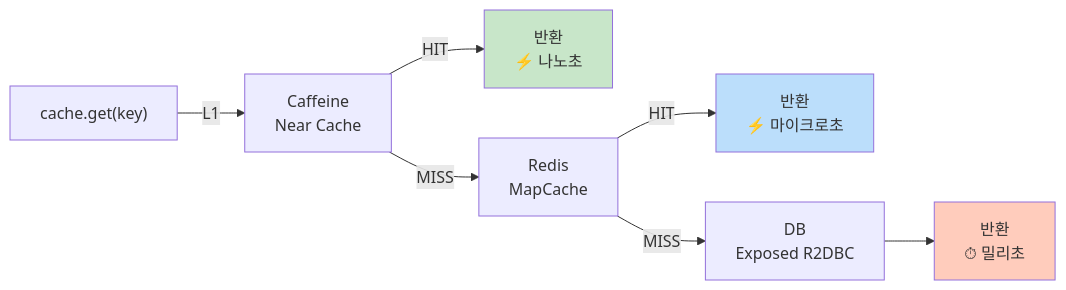
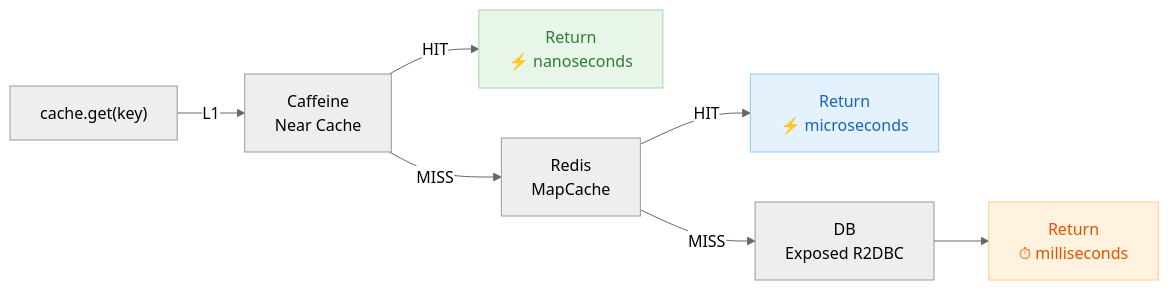
One commit to bluetape4k/exposed-r2dbc-workshop changed the fourth of 4 diagrams in 11-high-performance/02-cache-strategies-r2dbc/README.md. Above: the diagram before and after it, drawn with Mermaid. The commit also changed other lines of this file and 63 other files, not shown here.

First line of the commit message:
docs: 전 모듈 README Mermaid UML 추가 및 영/한 이중화

````diff
--- a/11-high-performance/02-cache-strategies-r2dbc/README.md
+++ b/11-high-performance/02-cache-strategies-r2dbc/README.md
@@ -321,13 +334,18 @@
 ```mermaid
-graph LR
+%%{init: {"theme": "neutral"}}%%
+flowchart LR
     REQ["cache.get(key)"] -->|L1| L1["Caffeine<br/>Near Cache"]
-    L1 -->|HIT| RET1["반환<br/>⚡ 나노초"]
+    L1 -->|HIT| RET1["Return<br/>⚡ nanoseconds"]
     L1 -->|MISS| L2["Redis<br/>MapCache"]
-    L2 -->|HIT| RET2["반환<br/>⚡ 마이크로초"]
+    L2 -->|HIT| RET2["Return<br/>⚡ microseconds"]
     L2 -->|MISS| L3["DB<br/>Exposed R2DBC"]
-    L3 --> RET3["반환<br/>⏱ 밀리초"]
+    L3 --> RET3["Return<br/>⏱ milliseconds"]
 
-    style RET1 fill:#c8e6c9
-    style RET2 fill:#bbdefb
-    style RET3 fill:#ffccbc
+    classDef green  fill:#E8F5E9,stroke:#A5D6A7,color:#2E7D32
+    classDef blue   fill:#E3F2FD,stroke:#90CAF9,color:#1565C0
+    classDef orange fill:#FFF3E0,stroke:#FFCC80,color:#E65100
+
+    class RET1 green
+    class RET2 blue
+    class RET3 orange
 ```
````
